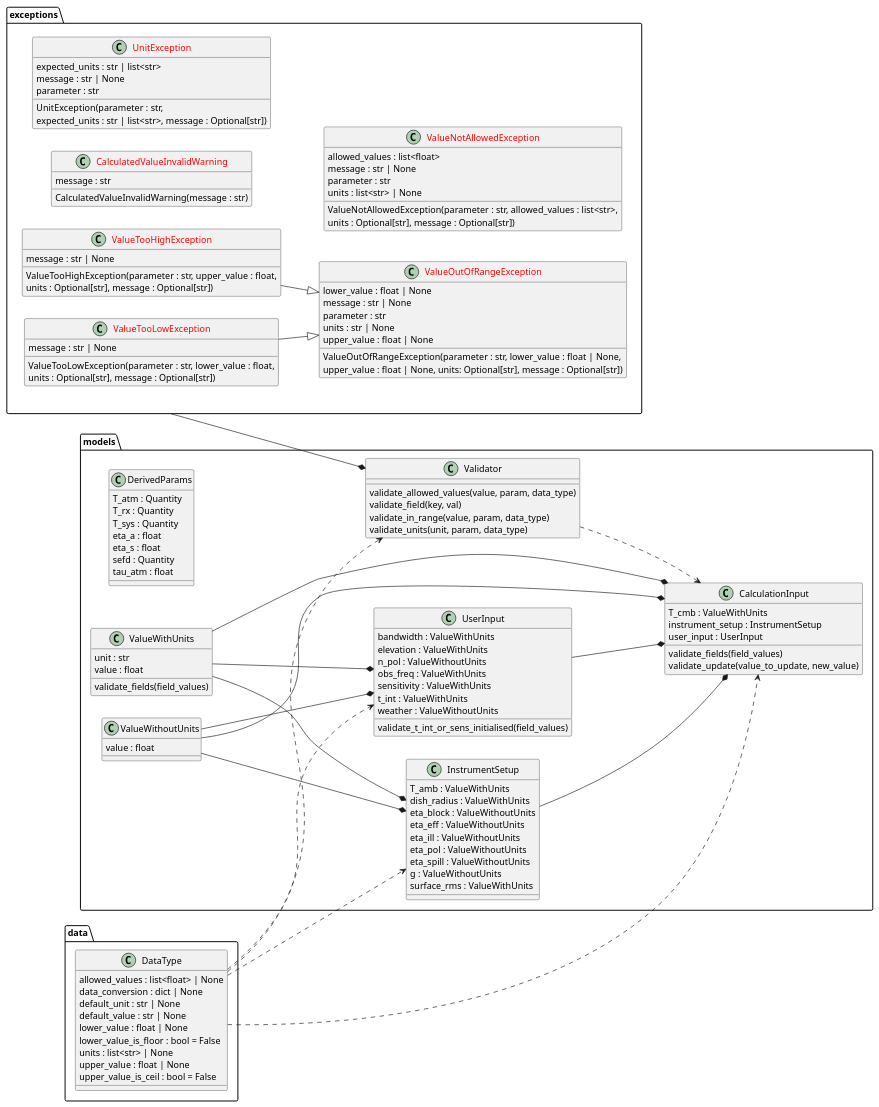
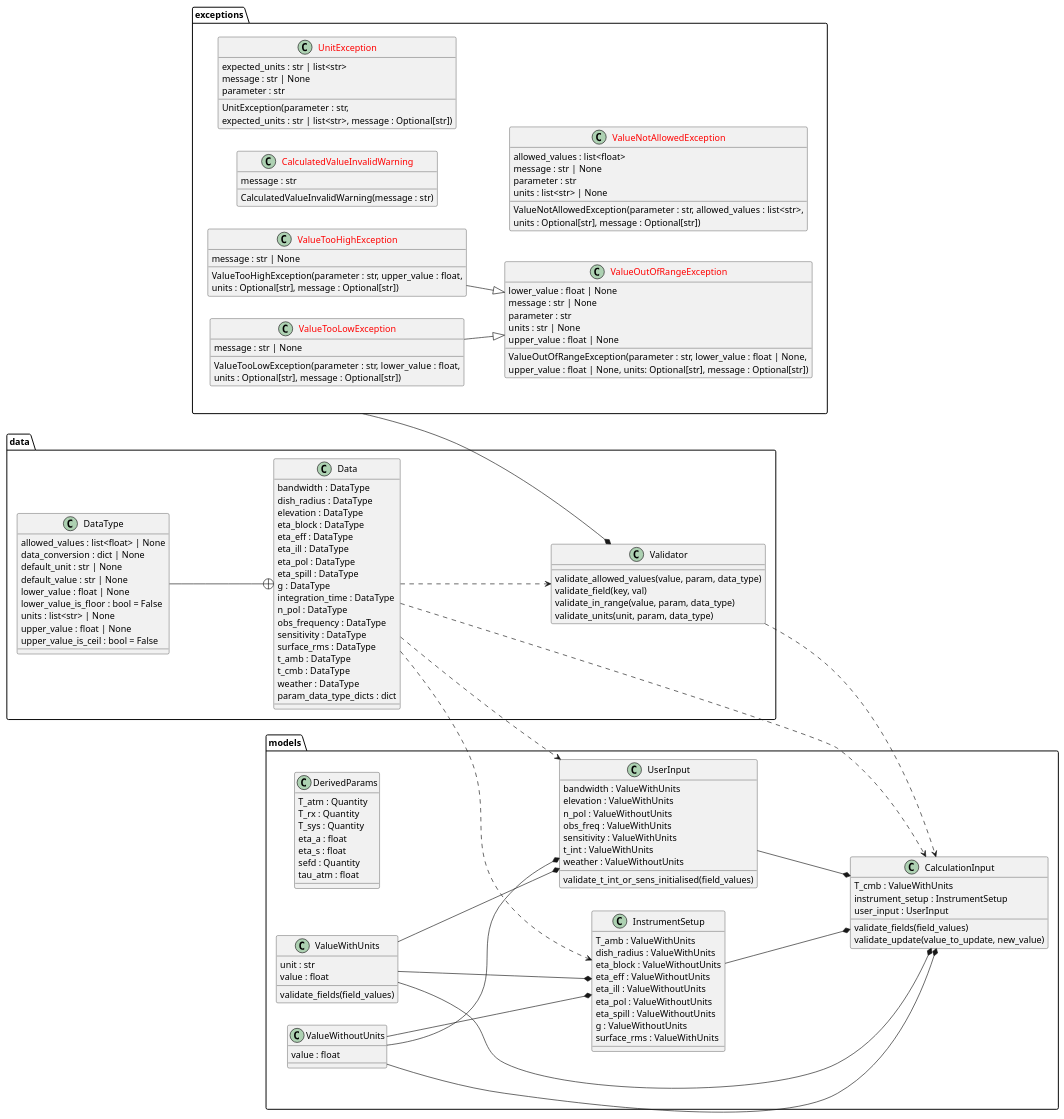
The diagram in docs/source/code_docs/data_model_uml.rst (ukatc/AtLAST_sensitivity_calculator), drawn with PlantUML before and after one commit. The commit also changed 8 other files, not shown here.

Commit message:
Data and validator class restructuring

```diff
--- a/docs/source/code_docs/data_model_uml.rst
+++ b/docs/source/code_docs/data_model_uml.rst
@@ -17,6 +17,26 @@
       user_input : UserInput
       validate_fields(field_values)
       validate_update(value_to_update, new_value)
+    }
+    class "Data" as data.Data {
+      bandwidth : DataType
+      dish_radius : DataType
+      elevation : DataType
+      eta_block : DataType
+      eta_eff : DataType
+      eta_ill : DataType
+      eta_pol : DataType
+      eta_spill : DataType
+      g : DataType
+      integration_time : DataType
+      n_pol : DataType
+      obs_frequency : DataType
+      sensitivity : DataType
+      surface_rms : DataType
+      t_amb : DataType
+      t_cmb : DataType
+      weather : DataType
+      param_data_type_dicts : dict
     }
     class "DataType" as data.DataType {
       allowed_values : list<float> | None
@@ -66,7 +86,7 @@
       weather : ValueWithoutUnits
       validate_t_int_or_sens_initialised(field_values)
     }
-    class "Validator" as models.Validator {
+    class "Validator" as data.Validator {
       validate_allowed_values(value, param, data_type)
       validate_field(key, val)
       validate_in_range(value, param, data_type)
@@ -110,12 +130,13 @@
 
     models.InstrumentSetup --* models.CalculationInput
     models.UserInput --* models.CalculationInput
-    models.Validator ..> models.CalculationInput
-    exceptions --* models.Validator
-    data.DataType ..> models.Validator
-    data.DataType ..> models.CalculationInput
-    data.DataType ..> models.UserInput
-    data.DataType ..> models.InstrumentSetup
+    data.Validator ..> models.CalculationInput
+    exceptions --* data.Validator
+    data.DataType --+ data.Data
+    data.Data ..> data.Validator
+    data.Data ..> models.CalculationInput
+    data.Data ..> models.UserInput
+    data.Data ..> models.InstrumentSetup
     models.ValueWithUnits --* models.CalculationInput
     models.ValueWithUnits --* models.UserInput
     models.ValueWithUnits --* models.InstrumentSetup
```
